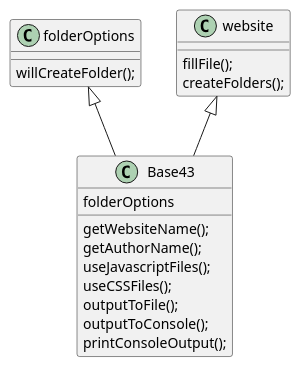
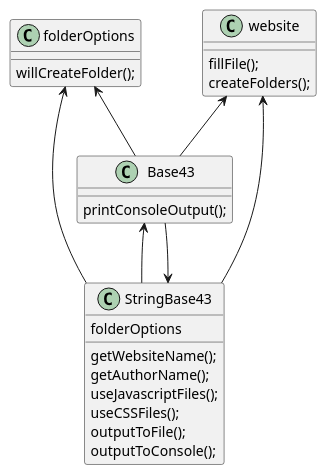
One commit to joshfeds/Federman-cop3330-assignment3 changed the diagram in src/main/java/ex43/base/EX43.puml. Above: the diagram before and after it, drawn with PlantUML. The commit also changed 41 other files, not shown here.

```diff
--- a/src/main/java/ex43/base/EX43.puml
+++ b/src/main/java/ex43/base/EX43.puml
@@ -1,25 +1,31 @@
 @startuml
 'https://plantuml.com/class-diagram
 
 
-folderOptions <|-- Base43
-website <|-- Base43
+folderOptions <-- Base43
+website <-- Base43
+StringBase43 <-- Base43
+website <-- StringBase43
+folderOptions <-- StringBase43
+Base43 <-- StringBase43
 class Base43 {
+printConsoleOutput();
+}
+class StringBase43{
 getWebsiteName();
 getAuthorName();
 useJavascriptFiles();
 useCSSFiles();
 folderOptions
 outputToFile();
 outputToConsole();
-printConsoleOutput();
 }
 class folderOptions{
     willCreateFolder();
 }
 
 class website{
     fillFile();
     createFolders();
 }
 @enduml
```
